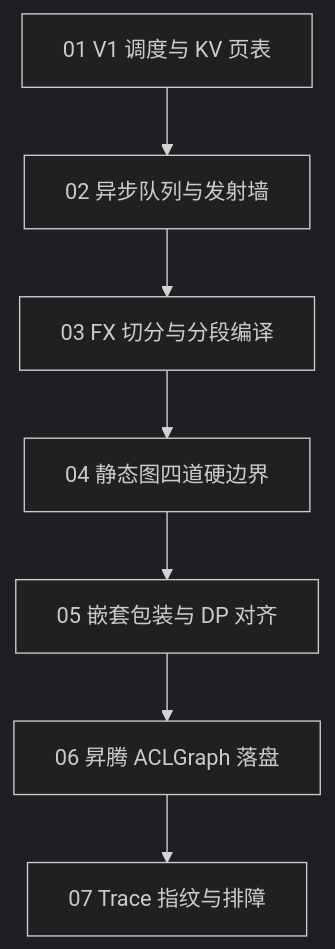
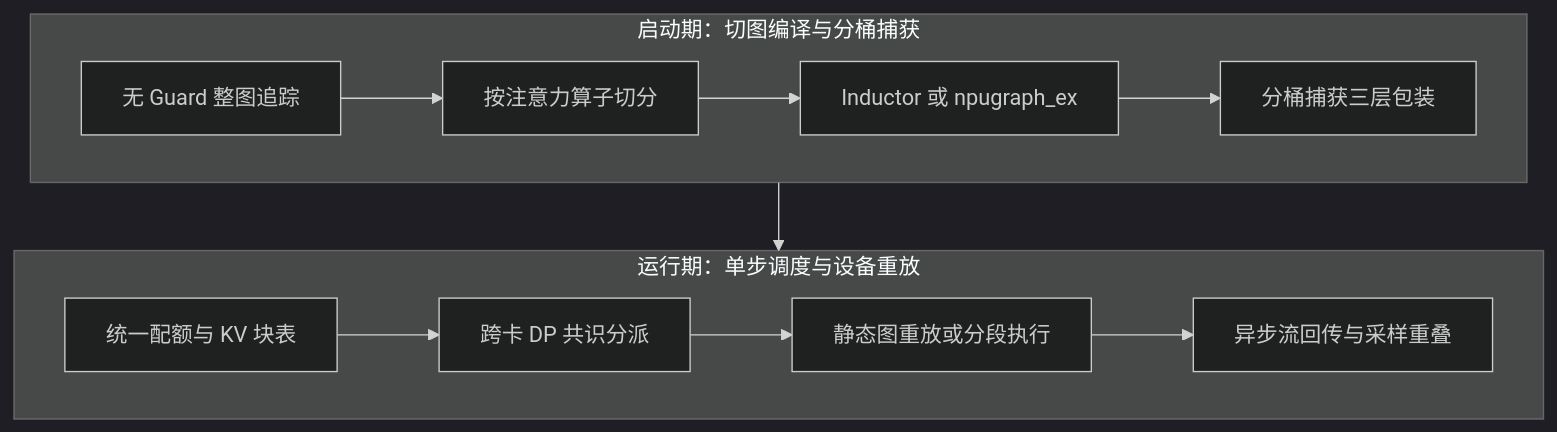
One commit to xingcanlee/infra-note changed the diagram in src/content/posts/vllm/index.mdx. Above: the diagram before and after it, drawn with Mermaid (dark theme). The commit also changed other lines of this file and 100 other files, not shown here.

Commit message:
docs: refine prose style, industry terminology, explainers, and diagrams across all series

````diff
--- a/src/content/posts/vllm/index.mdx
+++ b/src/content/posts/vllm/index.mdx
@@ -20,9 +20,16 @@
-```mermaid caption="图 1：vLLM 与昇腾推理引擎七章执行栈路线"
-flowchart TD
-    S1["01 V1 调度与 KV 页表"] --> S2["02 异步队列与发射墙"]
-    S2 --> S3["03 FX 切分与分段编译"]
-    S3 --> S4["04 静态图四道硬边界"]
-    S4 --> S5["05 嵌套包装与 DP 对齐"]
-    S5 --> S6["06 昇腾 ACLGraph 落盘"]
-    S6 --> S7["07 Trace 指纹与排障"]
+```mermaid caption="图 1：推理引擎启动期构图与运行期单步执行链路"
+flowchart TB
+    subgraph BOOT["启动期：切图编译与分桶捕获"]
+        direction LR
+        B1["无 Guard 整图追踪"] --> B2["按注意力算子切分"]
+        B2 --> B3["Inductor 或 npugraph_ex"]
+        B3 --> B4["分桶捕获三层包装"]
+    end
+    subgraph STEP["运行期：单步调度与设备重放"]
+        direction LR
+        R1["统一配额与 KV 块表"] --> R2["跨卡 DP 共识分派"]
+        R2 --> R3["静态图重放或分段执行"]
+        R3 --> R4["异步流回传与采样重叠"]
+    end
+    B4 --> R3
 ```
````
